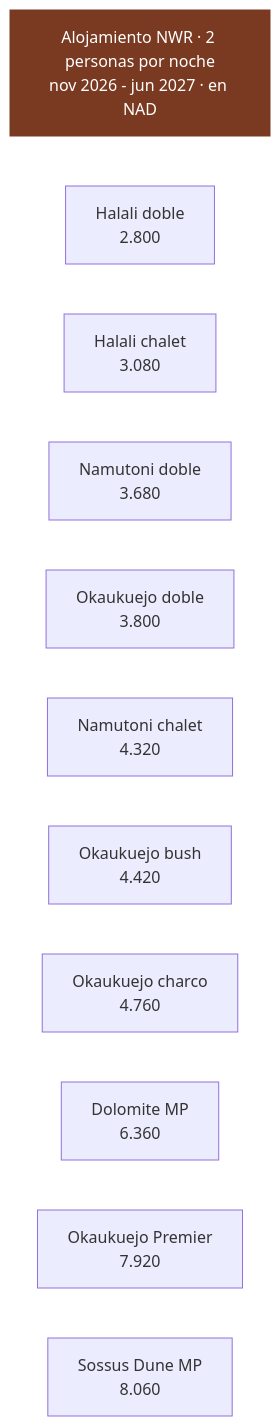
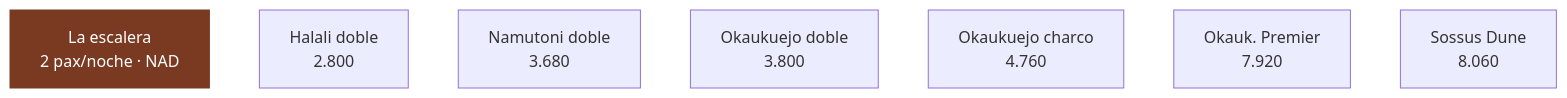
Before and after one commit to morandeirachema/namibia: the third of 4 diagrams in 03-alojamiento-y-tasas.md, drawn with Mermaid. The commit also changed other lines of this file and 10 other files, not shown here.

````diff
--- a/03-alojamiento-y-tasas.md
+++ b/03-alojamiento-y-tasas.md
@@ -89,25 +88,17 @@
 ```mermaid
-flowchart TD
-    T["Alojamiento NWR · 2 personas por noche<br/>nov 2026 - jun 2027 · en NAD"]
+flowchart LR
+    T["La escalera<br/>2 pax/noche · NAD"]
     n0["Halali doble<br/>2.800"]
-    n1["Halali chalet<br/>3.080"]
-    n2["Namutoni doble<br/>3.680"]
-    n3["Okaukuejo doble<br/>3.800"]
-    n4["Namutoni chalet<br/>4.320"]
-    n5["Okaukuejo bush<br/>4.420"]
-    n6["Okaukuejo charco<br/>4.760"]
-    n7["Dolomite MP<br/>6.360"]
-    n8["Okaukuejo Premier<br/>7.920"]
-    n9["Sossus Dune MP<br/>8.060"]
+    n1["Namutoni doble<br/>3.680"]
+    n2["Okaukuejo doble<br/>3.800"]
+    n3["Okaukuejo charco<br/>4.760"]
+    n4["Okauk. Premier<br/>7.920"]
+    n5["Sossus Dune<br/>8.060"]
     T ~~~ n0
     n0 ~~~ n1
     n1 ~~~ n2
     n2 ~~~ n3
     n3 ~~~ n4
     n4 ~~~ n5
-    n5 ~~~ n6
-    n6 ~~~ n7
-    n7 ~~~ n8
-    n8 ~~~ n9
     style T fill:#7a3a22,color:#fff,stroke:#7a3a22
 ```
````
